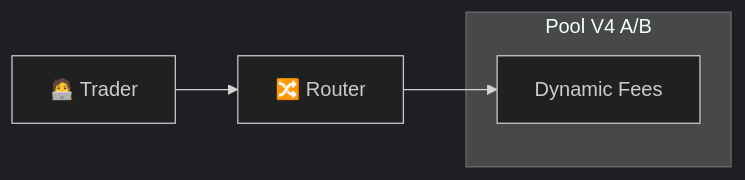
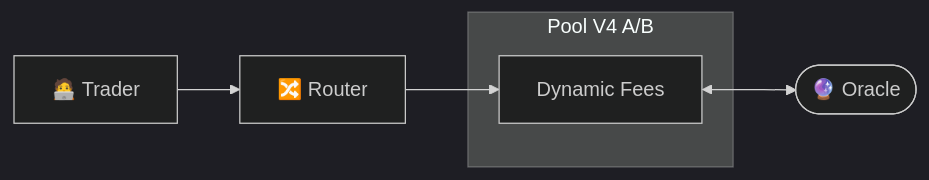
One commit to CJ42/ethsingapore-hackathon-2024 changed the second of 2 diagrams in README.md. Above: the diagram before and after it, drawn with Mermaid (dark theme). The commit also changed other lines of this file and 5 other files, not shown here.

````diff
--- a/README.md
+++ b/README.md
@@ -34,8 +34,9 @@
 ```mermaid
 graph LR
     A[🧑‍💻 Trader] --> B[🔀 Router]
     B --> C
     subgraph Pool V4 A/B
     C[Dynamic Fees]
     end
+    C <--> D([🔮 Oracle])
 ```
````
